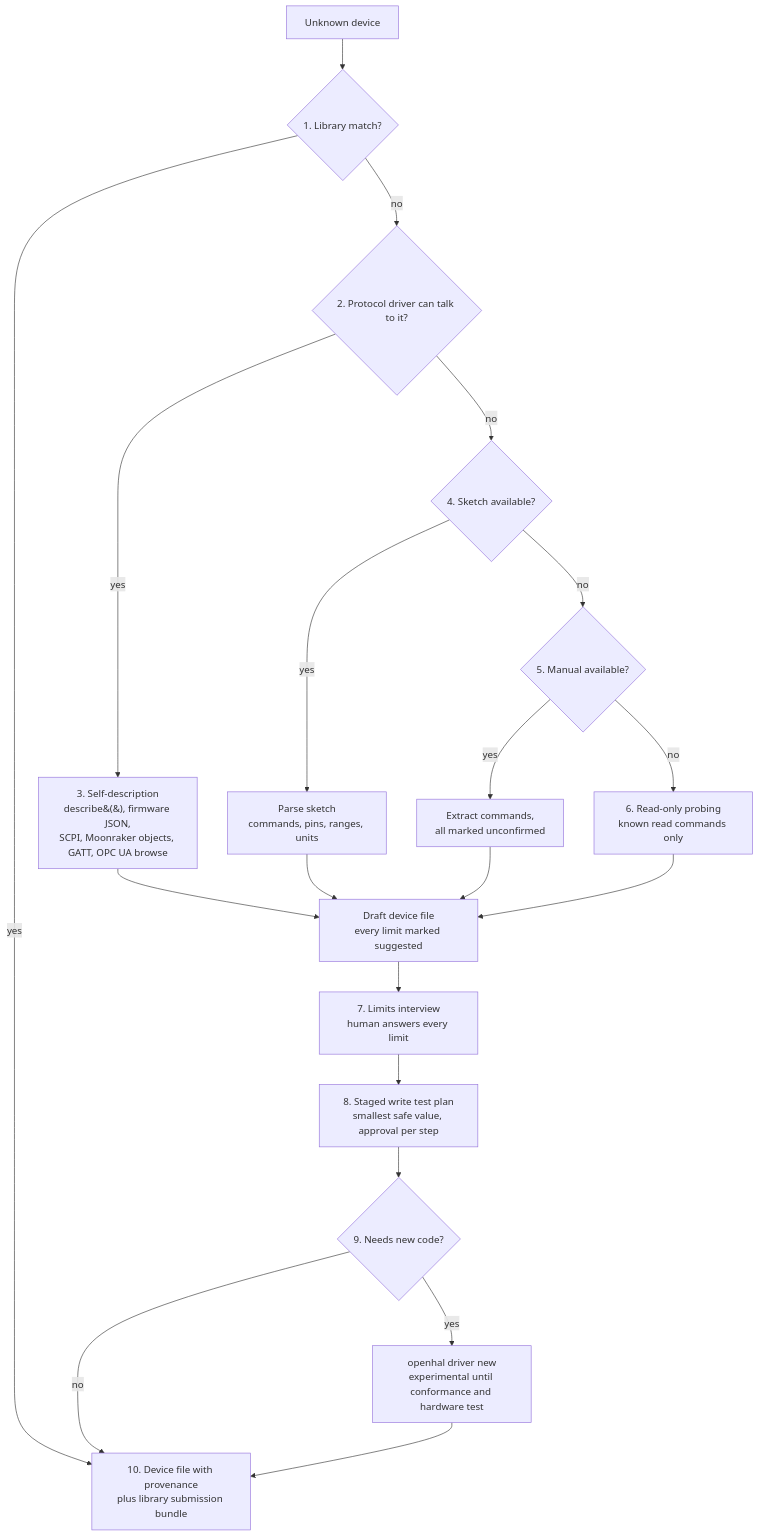
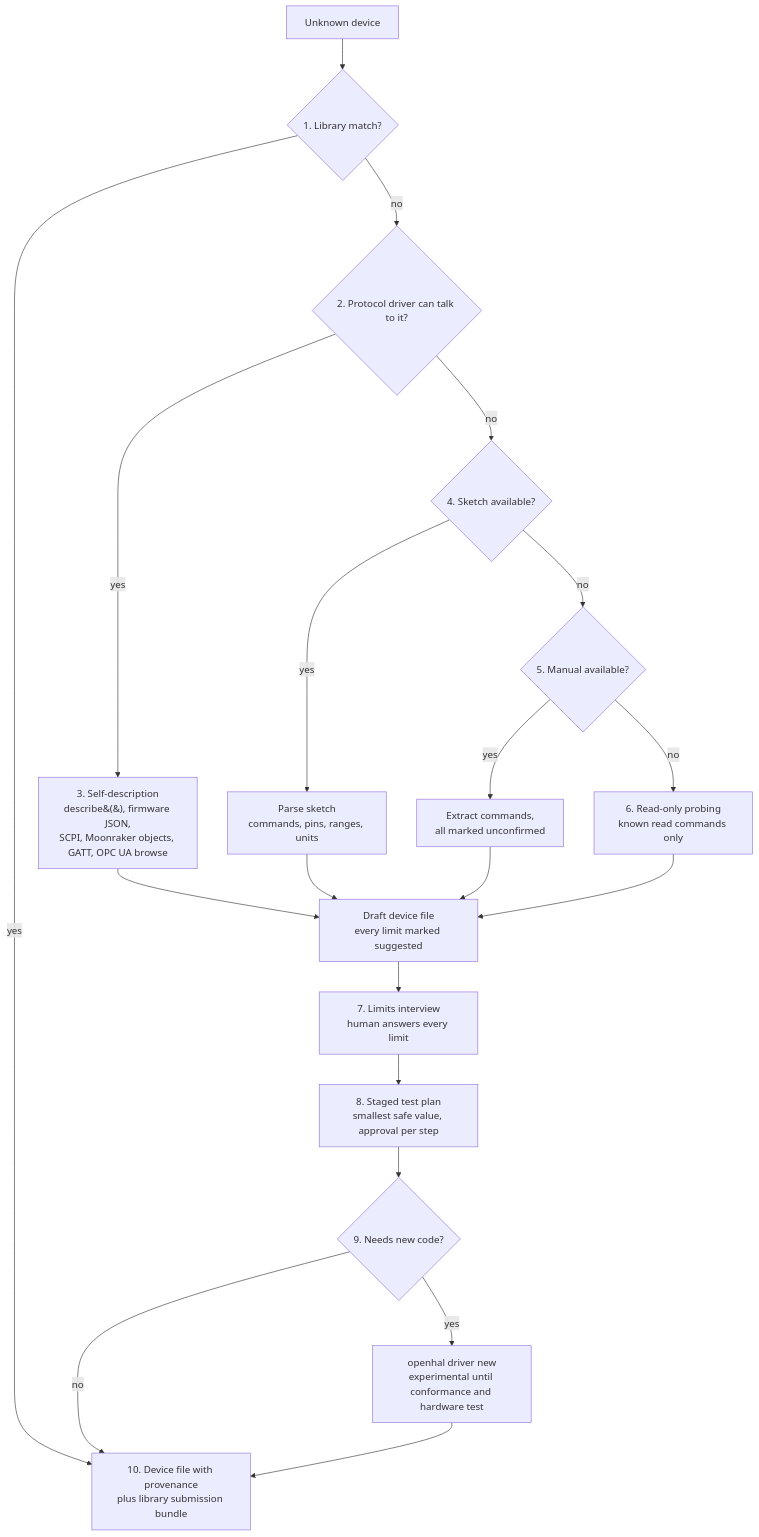
Before and after one commit to sohan-bhat/OpenHAL: the fourth of 7 diagrams in docs/ARCHITECTURE.md, drawn with Mermaid. The commit also changed other lines of this file and 5 other files, not shown here.

First line of the commit message:
docs: use the plant waterer in the architecture, interface and conformance pages

````diff
--- a/docs/ARCHITECTURE.md
+++ b/docs/ARCHITECTURE.md
@@ -139,22 +139,22 @@
 ```mermaid
 flowchart TD
   START[Unknown device] --> LIB{1. Library match?}
   LIB -->|yes| DONE
   LIB -->|no| PROT{2. Protocol driver can talk to it?}
   PROT -->|yes| DESCRIBE[3. Self-description<br/>describe&#40;&#41;, firmware JSON,<br/>SCPI, Moonraker objects, GATT, OPC UA browse]
   PROT -->|no| CODE{4. Sketch available?}
   CODE -->|yes| SKETCH[Parse sketch<br/>commands, pins, ranges, units]
   CODE -->|no| MANUAL{5. Manual available?}
   MANUAL -->|yes| MAN[Extract commands,<br/>all marked unconfirmed]
   MANUAL -->|no| PROBE[6. Read-only probing<br/>known read commands only]
   DESCRIBE --> DRAFT[Draft device file<br/>every limit marked suggested]
   SKETCH --> DRAFT
   MAN --> DRAFT
   PROBE --> DRAFT
   DRAFT --> INT[7. Limits interview<br/>human answers every limit]
-  INT --> PLAN[8. Staged write test plan<br/>smallest safe value, approval per step]
+  INT --> PLAN[8. Staged test plan<br/>smallest safe value, approval per step]
   PLAN --> SCAF{9. Needs new code?}
   SCAF -->|yes| NEW[openhal driver new<br/>experimental until conformance and hardware test]
   SCAF -->|no| DONE[10. Device file with provenance<br/>plus library submission bundle]
   NEW --> DONE
 ```
````
